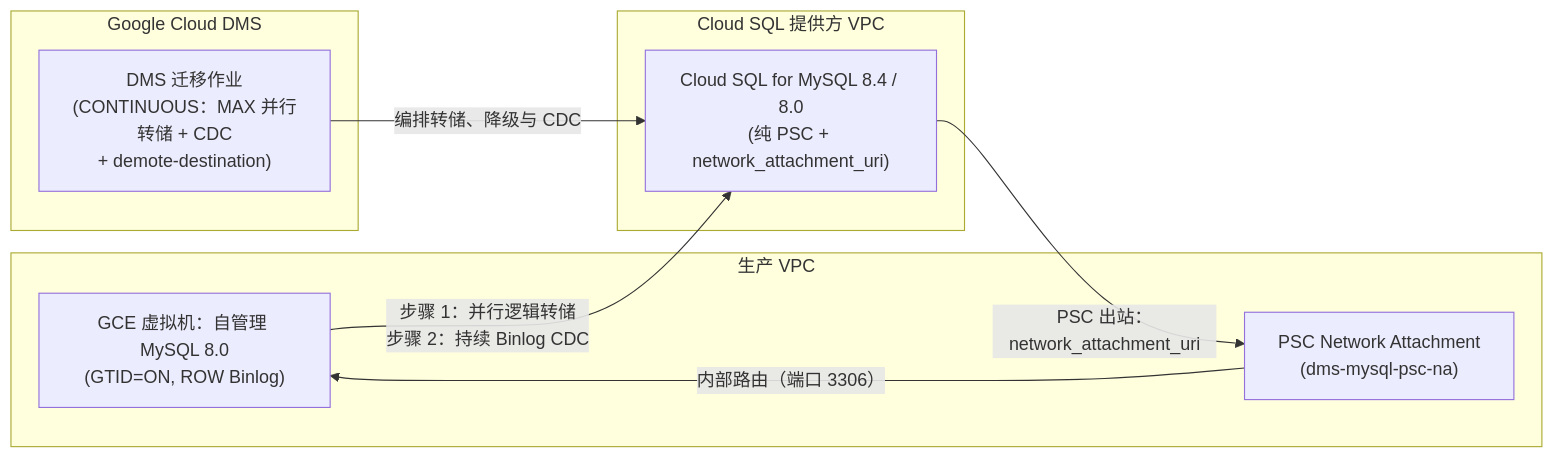
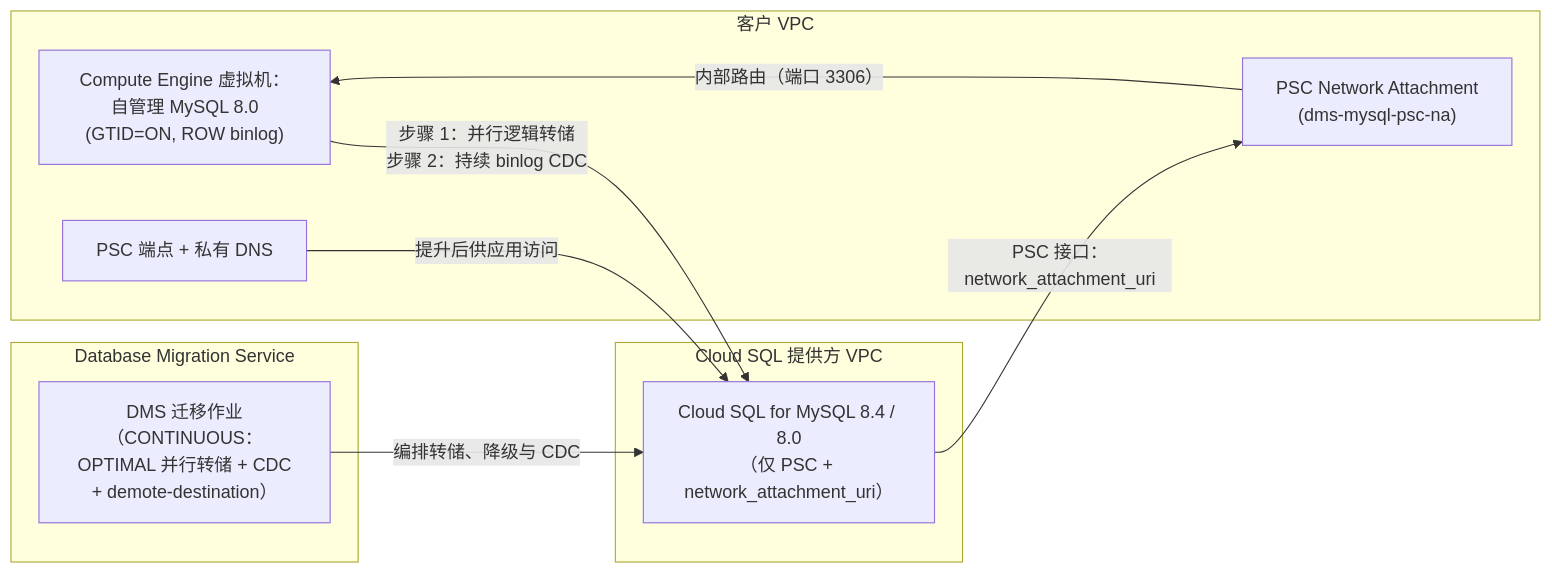
Before and after one commit to kkmbryan/cloud-dms-templates: the diagram in templates/01-live-migration-gce-cdc/README.zh-CN.md, drawn with Mermaid. The commit also changed other lines of this file and 51 other files, not shown here.

First line of the commit message:
fix: Scenario 2 support matrix, XtraBackup folder seed, bucket IAM, PSC endpoint and native DMS profiles (#4)

````diff
--- a/templates/01-live-migration-gce-cdc/README.zh-CN.md
+++ b/templates/01-live-migration-gce-cdc/README.zh-CN.md
@@ -19,20 +21,22 @@
 ```mermaid
 flowchart LR
-    subgraph GCE_VPC["生产 VPC"]
-        GCE["GCE 虚拟机：自管理 MySQL 8.0<br/>(GTID=ON, ROW Binlog)"]
+    subgraph GCE_VPC["客户 VPC"]
+        GCE["Compute Engine 虚拟机：自管理 MySQL 8.0<br/>(GTID=ON, ROW binlog)"]
         NA["PSC Network Attachment<br/>(dms-mysql-psc-na)"]
+        EP["PSC 端点 + 私有 DNS"]
     end
 
-    subgraph DMS_Control["Google Cloud DMS"]
-        JOB["DMS 迁移作业<br/>(CONTINUOUS：MAX 并行转储 + CDC<br/>+ demote-destination)"]
+    subgraph DMS_Control["Database Migration Service"]
+        JOB["DMS 迁移作业<br/>（CONTINUOUS：OPTIMAL 并行转储 + CDC<br/>+ demote-destination）"]
     end
 
     subgraph CloudSQL_Producer["Cloud SQL 提供方 VPC"]
-        CSQL["Cloud SQL for MySQL 8.4 / 8.0<br/>(纯 PSC + network_attachment_uri)"]
+        CSQL["Cloud SQL for MySQL 8.4 / 8.0<br/>（仅 PSC + network_attachment_uri）"]
     end
 
-    CSQL -->|"PSC 出站：network_attachment_uri"| NA
+    CSQL -->|"PSC 接口：network_attachment_uri"| NA
     NA -->|"内部路由（端口 3306）"| GCE
-    GCE -->|"步骤 1：并行逻辑转储<br/>步骤 2：持续 Binlog CDC"| CSQL
+    GCE -->|"步骤 1：并行逻辑转储<br/>步骤 2：持续 binlog CDC"| CSQL
     JOB -->|"编排转储、降级与 CDC"| CSQL
+    EP -->|"提升后供应用访问"| CSQL
 ```
````
